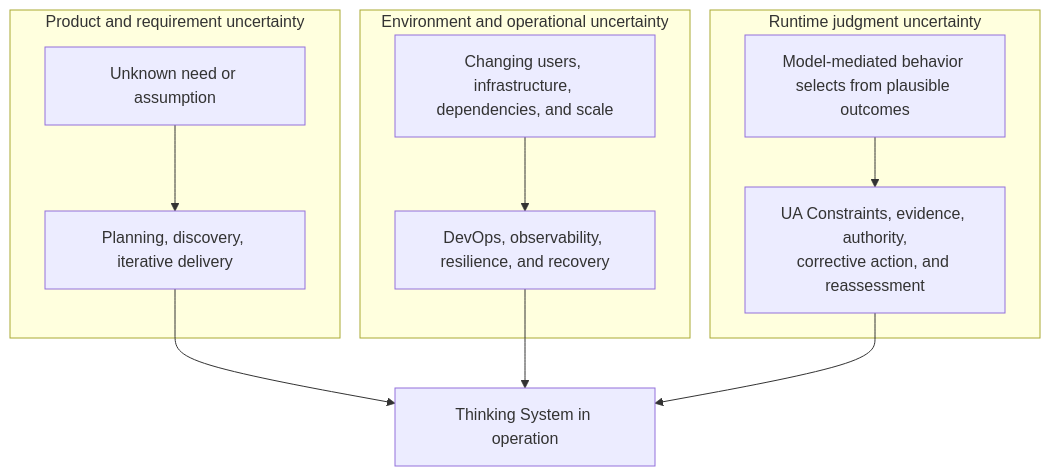
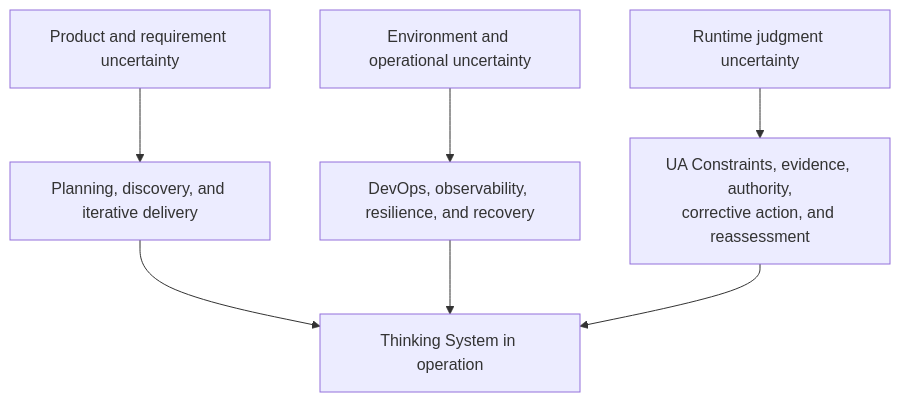
Before and after one commit to UncertaintyArchitectureGroup/uncertainty-architecture: the first of 4 diagrams in 00-doctrine/uncertainty-in-the-controlled-object.md, drawn with Mermaid. The commit also changed other lines of this file, not shown here.

Commit message:
docs: align controlled-object doctrine with corrected capability model

````diff
--- a/00-doctrine/uncertainty-in-the-controlled-object.md
+++ b/00-doctrine/uncertainty-in-the-controlled-object.md
@@ -128,24 +127,14 @@
 ```mermaid
 flowchart TB
-    subgraph P[Product and requirement uncertainty]
-        P1[Unknown need or assumption]
-        P2[Planning, discovery, iterative delivery]
-        P1 --> P2
-    end
+    P[Product and requirement uncertainty]
+    PD[Planning, discovery, and iterative delivery]
+    O[Environment and operational uncertainty]
+    OD[DevOps, observability, resilience, and recovery]
+    J[Runtime judgment uncertainty]
+    UA[UA Constraints, evidence, authority,<br/>corrective action, and reassessment]
+    S[Thinking System in operation]
 
-    subgraph O[Environment and operational uncertainty]
-        O1[Changing users, infrastructure, dependencies, and scale]
-        O2[DevOps, observability, resilience, and recovery]
-        O1 --> O2
-    end
-
-    subgraph J[Runtime judgment uncertainty]
-        J1[Model-mediated behavior selects from plausible outcomes]
-        J2[UA Constraints, evidence, authority,<br/>corrective action, and reassessment]
-        J1 --> J2
-    end
-
-    P2 --> S[Thinking System in operation]
-    O2 --> S
-    J2 --> S
+    P --> PD --> S
+    O --> OD --> S
+    J --> UA --> S
 ```
````
